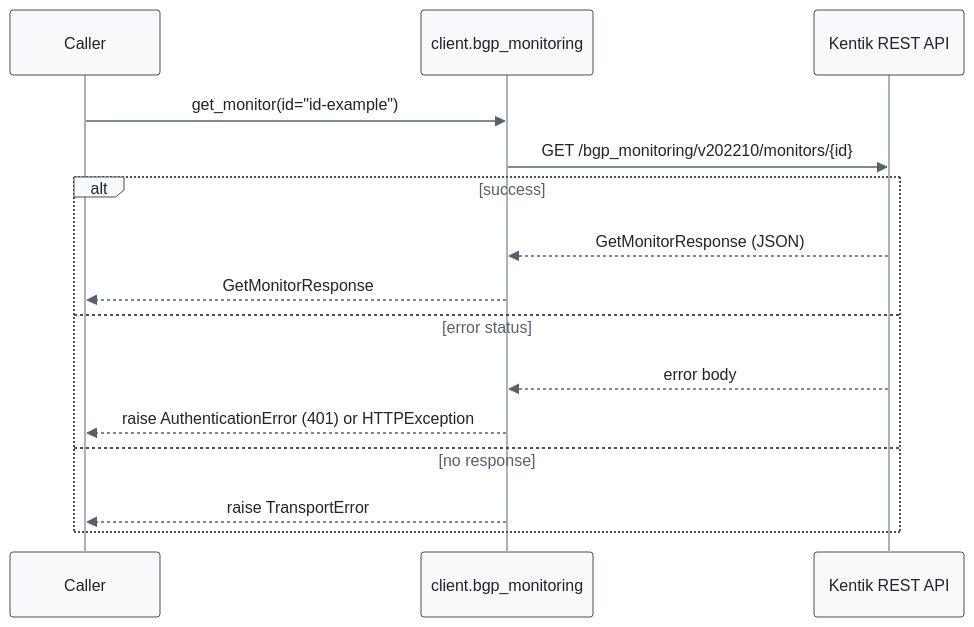
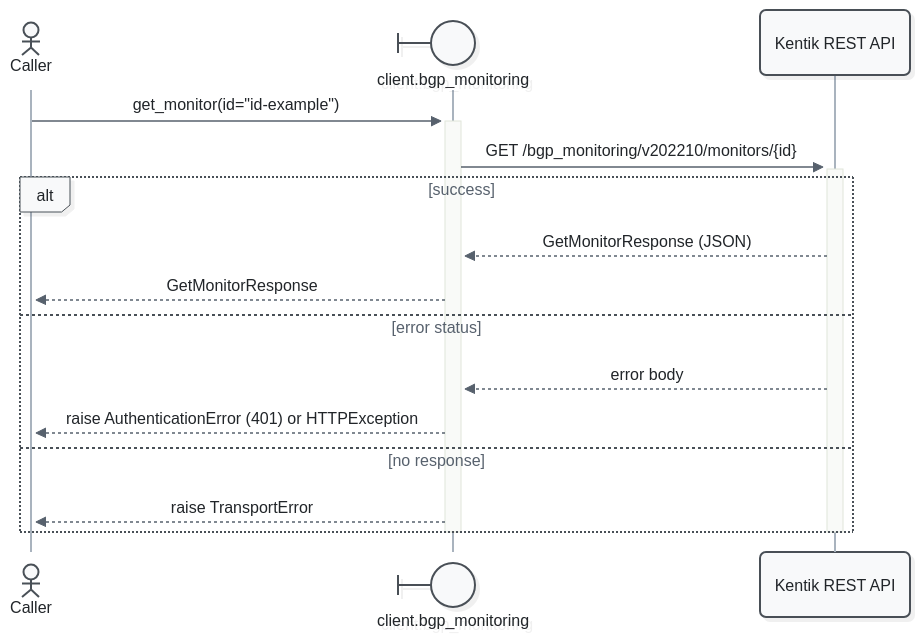
The ninth of 17 diagrams in docs/sphinx/services/bgp_monitoring.md (alexdearaujo/community_sdk_python), drawn with Mermaid before and after one commit. The commit also changed other lines of this file and 52 other files, not shown here.

First line of the commit message:
docs: Mermaid 12 sequence diagrams with participant types and path colors

````diff
--- a/docs/sphinx/services/bgp_monitoring.md
+++ b/docs/sphinx/services/bgp_monitoring.md
@@ -342,19 +362,21 @@
 ```mermaid
-%%{init: {"theme": "base", "fontFamily": "ui-monospace, SFMono-Regular, Menlo, monospace", "themeVariables": {"fontFamily": "ui-monospace, SFMono-Regular, Menlo, monospace", "primaryColor": "#f8f9fa", "primaryBorderColor": "#495057", "primaryTextColor": "#212529", "textColor": "#212529", "lineColor": "#77818c", "edgeLabelBackground": "#ffffff", "actorBkg": "#f8f9fa", "actorBorder": "#495057", "actorTextColor": "#212529", "actorLineColor": "#a9b3be", "signalColor": "#57616d", "signalTextColor": "#212529", "labelBoxBkgColor": "#f8f9fa", "labelBoxBorderColor": "#495057", "labelTextColor": "#212529", "loopTextColor": "#57616d", "noteBkgColor": "#fff9db", "noteBorderColor": "#f08c00", "noteTextColor": "#a35a00"}, "flowchart": {"curve": "step", "nodeSpacing": 30, "rankSpacing": 70, "wrappingWidth": 400}}}%%
+%%{init: {"theme": "redux", "look": "neo", "layout": "dagre", "fontFamily": "ui-monospace, SFMono-Regular, Menlo, monospace", "themeVariables": {"fontFamily": "ui-monospace, SFMono-Regular, Menlo, monospace", "primaryColor": "#f8f9fa", "primaryBorderColor": "#495057", "primaryTextColor": "#212529", "textColor": "#212529", "lineColor": "#77818c", "edgeLabelBackground": "#ffffff", "actorBkg": "#f8f9fa", "actorBorder": "#495057", "actorTextColor": "#212529", "actorLineColor": "#a9b3be", "signalColor": "#57616d", "signalTextColor": "#212529", "labelBoxBkgColor": "#f8f9fa", "labelBoxBorderColor": "#495057", "labelTextColor": "#212529", "loopTextColor": "#57616d", "noteBkgColor": "#fff9db", "noteBorderColor": "#f08c00", "noteTextColor": "#a35a00"}, "sequence": {"activationWidth": 16}, "flowchart": {"curve": "step", "nodeSpacing": 30, "rankSpacing": 70, "wrappingWidth": 400}}}%%
 sequenceDiagram
-    participant C as Caller
-    participant W as client.bgp_monitoring
+    actor C as Caller
+    participant W@{ "type": "boundary" } as client.bgp_monitoring
     participant API as Kentik REST API
 
-    C->>W: get_monitor(id="id-example")
-    W->>API: GET /bgp_monitoring/v202210/monitors/{id}
+    C->>+W: get_monitor(id="id-example")
+    W->>+API: GET /bgp_monitoring/v202210/monitors/{id}
     alt success
         API-->>W: GetMonitorResponse (JSON)
         W-->>C: GetMonitorResponse
     else error status
         API-->>W: error body
         W-->>C: raise AuthenticationError (401) or HTTPException
     else no response
         W-->>C: raise TransportError
     end
+    deactivate API
+    deactivate W
 ```
````
